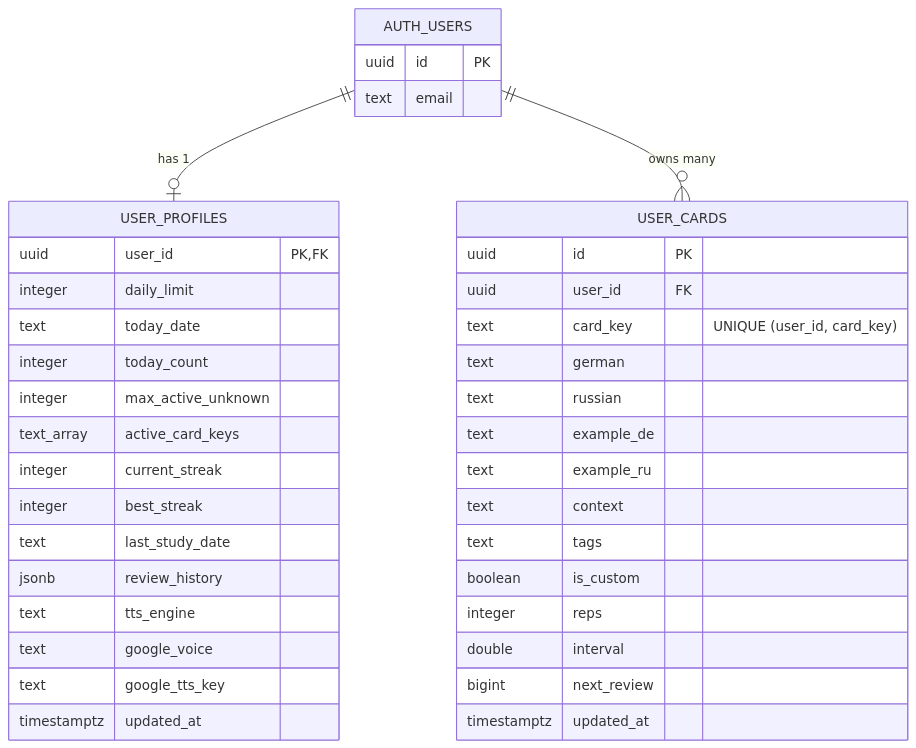
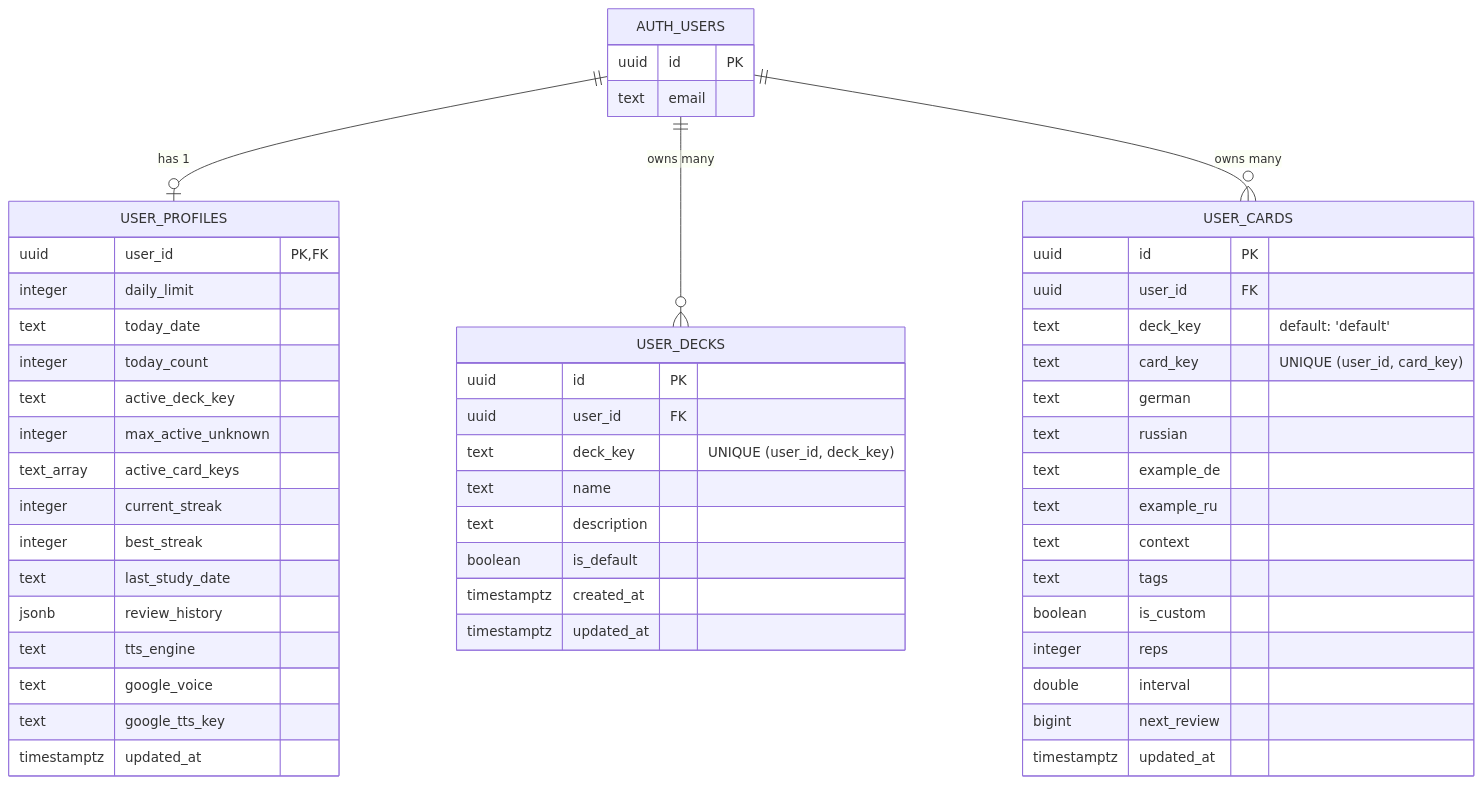
The second of 5 diagrams in ARCHITECTURE.md (an2ancan/anki), drawn with Mermaid before and after one commit. The commit also changed other lines of this file and 13 other files, not shown here.

First line of the commit message:
feat: Implement user decks management with CRUD operations

````diff
--- a/ARCHITECTURE.md
+++ b/ARCHITECTURE.md
@@ -118,44 +121,58 @@
 ```mermaid
 erDiagram
   AUTH_USERS ||--o| USER_PROFILES : "has 1"
+  AUTH_USERS ||--o{ USER_DECKS : "owns many"
   AUTH_USERS ||--o{ USER_CARDS : "owns many"
 
   AUTH_USERS {
     uuid id PK
     text email
   }
 
   USER_PROFILES {
     uuid user_id PK,FK
     integer daily_limit
     text today_date
     integer today_count
+    text active_deck_key
     integer max_active_unknown
     text_array active_card_keys
     integer current_streak
     integer best_streak
     text last_study_date
     jsonb review_history
     text tts_engine
     text google_voice
     text google_tts_key
     timestamptz updated_at
   }
 
+  USER_DECKS {
+    uuid id PK
+    uuid user_id FK
+    text deck_key "UNIQUE (user_id, deck_key)"
+    text name
+    text description
+    boolean is_default
+    timestamptz created_at
+    timestamptz updated_at
+  }
+
   USER_CARDS {
     uuid id PK
     uuid user_id FK
+    text deck_key "default: 'default'"
     text card_key "UNIQUE (user_id, card_key)"
     text german
     text russian
     text example_de
     text example_ru
     text context
     text tags
     boolean is_custom
     integer reps
     double interval
     bigint next_review
     timestamptz updated_at
   }
 ```
````
